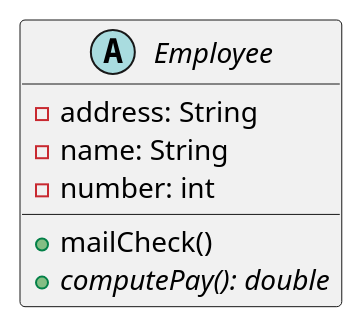
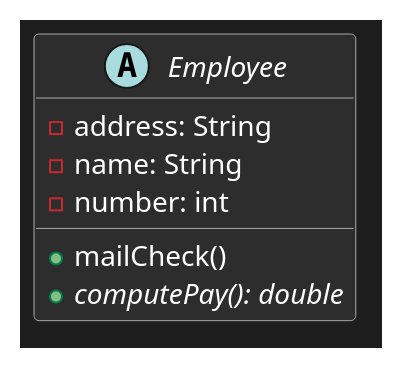
One commit to xihuanxiaorang/my-obsidian-notes changed the third of 12 diagrams in 01.Articles/DesignPattern/UML 类图.md. Above: the diagram before and after it, drawn with PlantUML. The commit also changed other lines of this file and 13 other files, not shown here.

````diff
--- a/01.Articles/DesignPattern/UML 类图.md
+++ b/01.Articles/DesignPattern/UML 类图.md
@@ -57,13 +97,33 @@
 	```plantuml
 	@startuml
 	
+	' 深色背景
+	skinparam backgroundColor #1E1E1E
+	skinparam defaultTextColor white
+	
+	' 类外观
+	skinparam ClassBackgroundColor #2D2D2D
+	skinparam ClassBorderColor #AAAAAA
+	skinparam ClassFontColor #FFFFFF
+	skinparam ClassStereotypeFontColor #66D9EF   ' 类 stereotype 文字亮青
+	skinparam ClassAttributeFontColor #E6E6E6    ' 属性文字浅灰
+	
+	' 属性/方法图标颜色
+	skinparam ClassAttributeIconColor #FFD966    ' 属性图标亮黄
+	skinparam ClassMethodIconColor #80FF80       ' 方法图标亮绿
+	
+	' 连接线和箭头
+	skinparam ArrowColor #CCCCCC
+	skinparam LineColor #CCCCCC
+	skinparam ArrowFontColor #FFFFFF
+	
 	abstract class Employee {
-	  - address: String
-	  - name: String
-	  - number: int
-	  + mailCheck()
-	  + {abstract} computePay(): double
+		- address: String
+		- name: String
+		- number: int
+		+ mailCheck()
+		+ {abstract} computePay(): double
 	}
 	
 	@enduml
 	```
````
